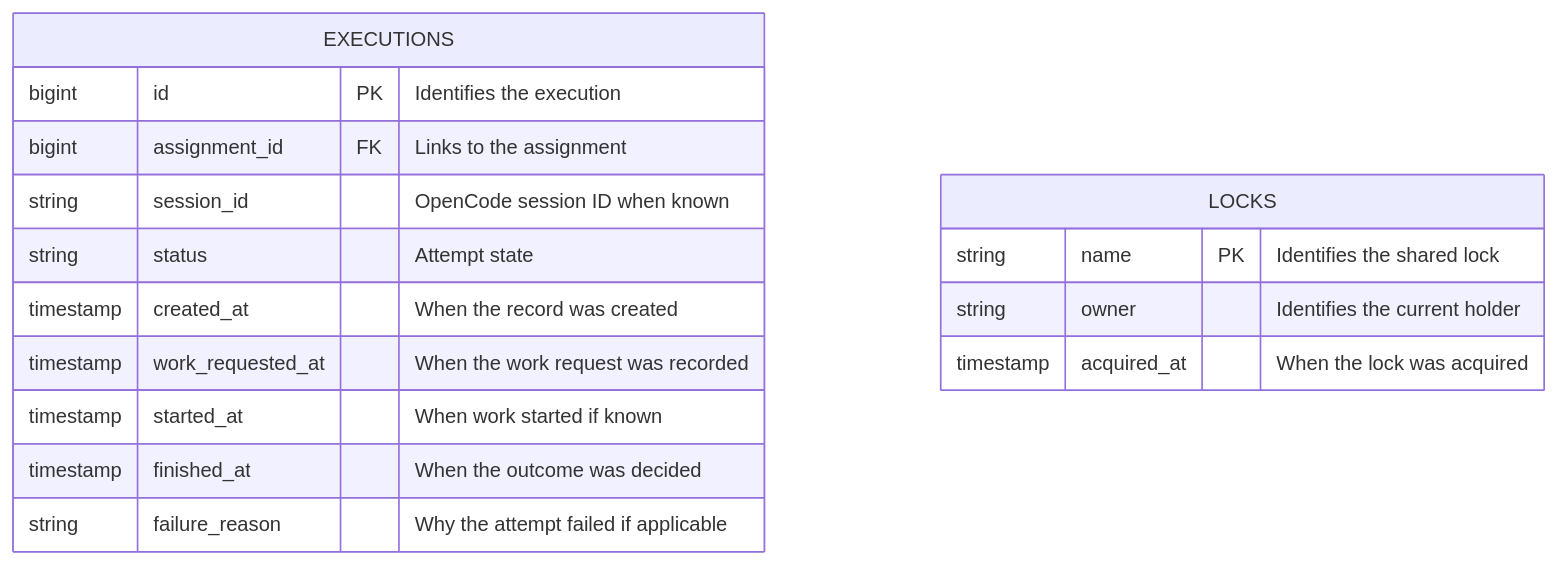
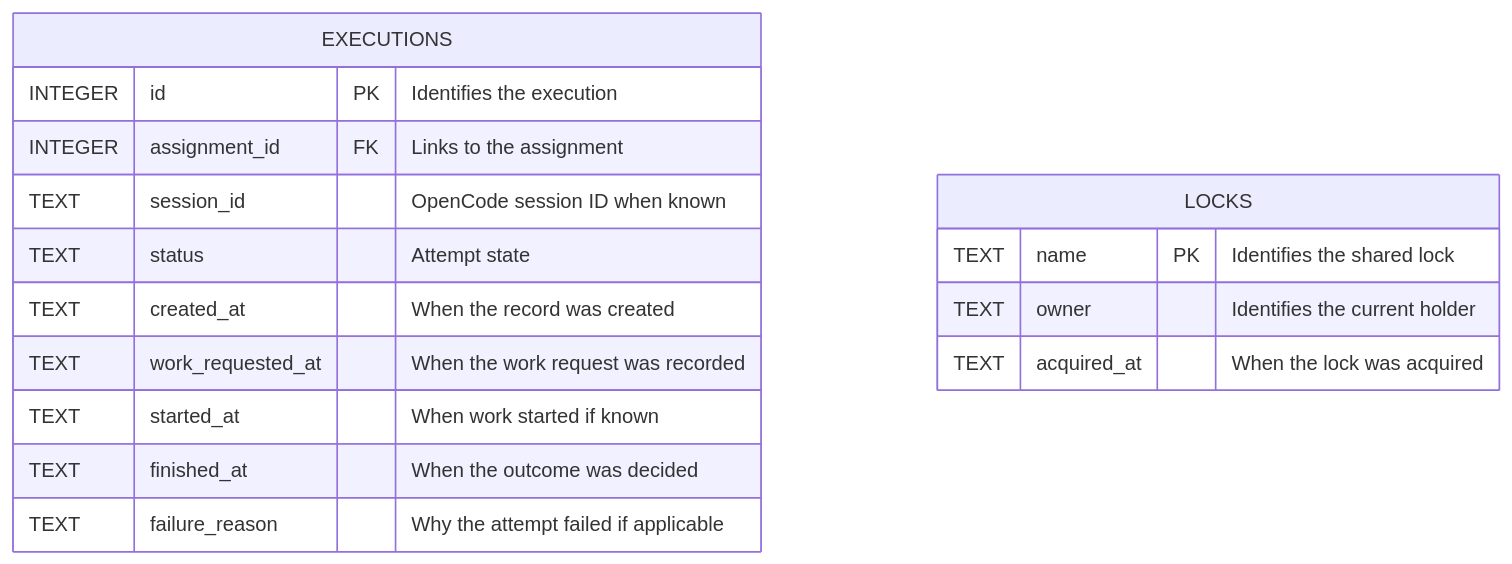
One commit to lgdelacruz92/agent-team changed the diagram in agent-team/apps/agent-resource-manager/docs/data.md. Above: the diagram before and after it, drawn with Mermaid. The commit also changed other lines of this file and 3 other files, not shown here.

````diff
--- a/agent-team/apps/agent-resource-manager/docs/data.md
+++ b/agent-team/apps/agent-resource-manager/docs/data.md
@@ -11,19 +11,19 @@
 ```mermaid
 erDiagram
     EXECUTIONS {
-        bigint id PK "Identifies the execution"
-        bigint assignment_id FK "Links to the assignment"
-        string session_id "OpenCode session ID when known"
-        string status "Attempt state"
-        timestamp created_at "When the record was created"
-        timestamp work_requested_at "When the work request was recorded"
-        timestamp started_at "When work started if known"
-        timestamp finished_at "When the outcome was decided"
-        string failure_reason "Why the attempt failed if applicable"
+        INTEGER id PK "Identifies the execution"
+        INTEGER assignment_id FK "Links to the assignment"
+        TEXT session_id "OpenCode session ID when known"
+        TEXT status "Attempt state"
+        TEXT created_at "When the record was created"
+        TEXT work_requested_at "When the work request was recorded"
+        TEXT started_at "When work started if known"
+        TEXT finished_at "When the outcome was decided"
+        TEXT failure_reason "Why the attempt failed if applicable"
     }
     LOCKS {
-        string name PK "Identifies the shared lock"
-        string owner "Identifies the current holder"
-        timestamp acquired_at "When the lock was acquired"
+        TEXT name PK "Identifies the shared lock"
+        TEXT owner "Identifies the current holder"
+        TEXT acquired_at "When the lock was acquired"
     }
 ```
````
